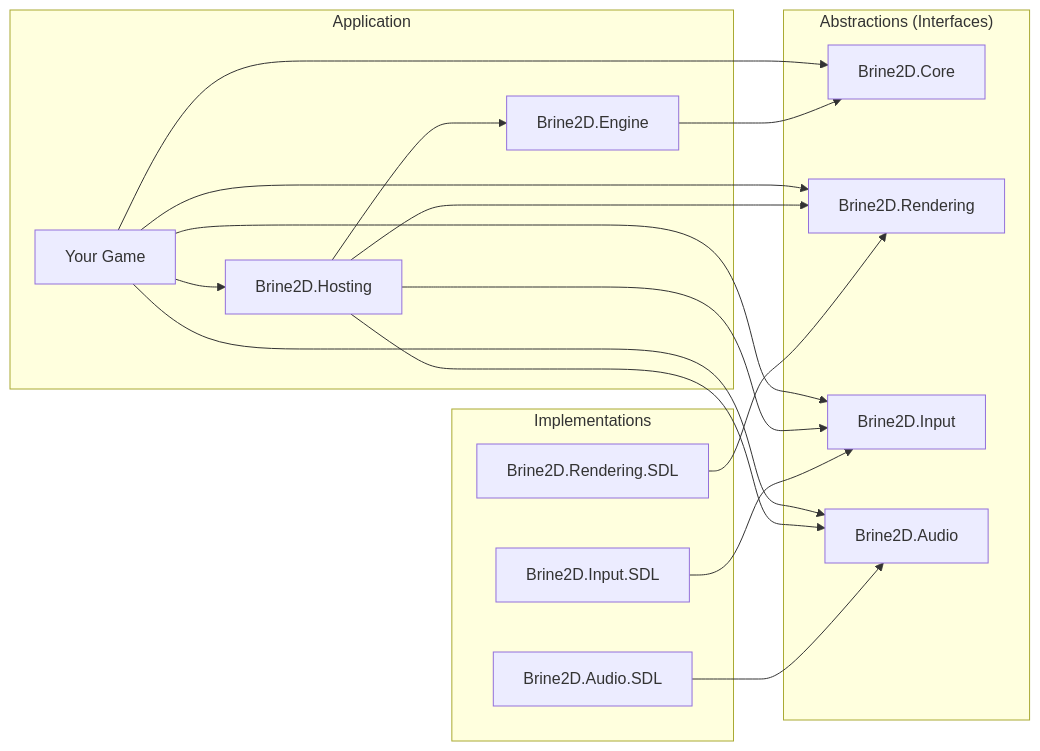
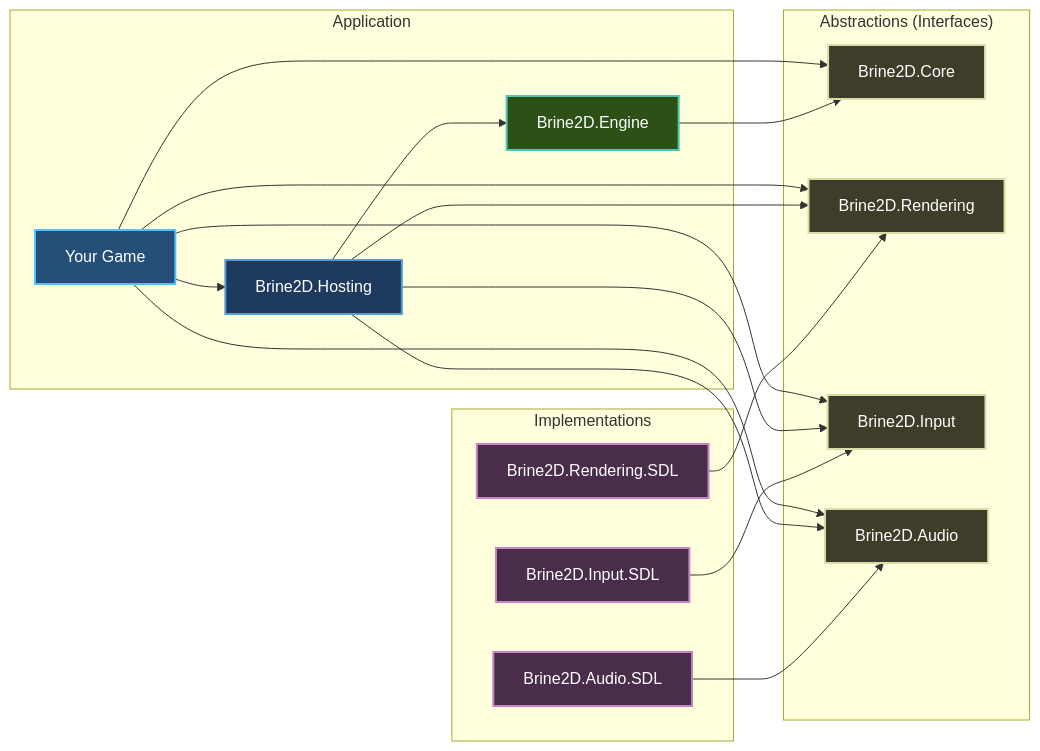
Before and after one commit to CrazyPickleStudios/Brine2D-Documentation: the second of 4 diagrams in docs/concepts/architecture.md, drawn with Mermaid. The commit also changed other lines of this file and 9 other files, not shown here.

````diff
--- a/docs/concepts/architecture.md
+++ b/docs/concepts/architecture.md
@@ -118,37 +137,48 @@
 ```mermaid
 graph LR
     subgraph "Abstractions (Interfaces)"
         CORE["Brine2D.Core"]
         RENDERING["Brine2D.Rendering"]
         INPUT["Brine2D.Input"]
         AUDIO["Brine2D.Audio"]
     end
     
     subgraph "Implementations"
         SDL_RENDER["Brine2D.Rendering.SDL"]
         SDL_INPUT["Brine2D.Input.SDL"]
         SDL_AUDIO["Brine2D.Audio.SDL"]
     end
     
     subgraph "Application"
         HOSTING["Brine2D.Hosting"]
         ENGINE["Brine2D.Engine"]
         GAME["Your Game"]
     end
     
     SDL_RENDER --> RENDERING
     SDL_INPUT --> INPUT
     SDL_AUDIO --> AUDIO
     
     ENGINE --> CORE
     HOSTING --> ENGINE
     HOSTING --> RENDERING
     HOSTING --> INPUT
     HOSTING --> AUDIO
     
     GAME --> HOSTING
     GAME --> CORE
     GAME --> RENDERING
     GAME --> INPUT
     GAME --> AUDIO
+
+    style CORE fill:#3d3d2a,stroke:#dcdcaa,stroke-width:2px,color:#fff
+style RENDERING fill:#3d3d2a,stroke:#dcdcaa,stroke-width:2px,color:#fff
+style INPUT fill:#3d3d2a,stroke:#dcdcaa,stroke-width:2px,color:#fff
+style AUDIO fill:#3d3d2a,stroke:#dcdcaa,stroke-width:2px,color:#fff
+style SDL_RENDER fill:#4a2d4a,stroke:#c586c0,stroke-width:2px,color:#fff
+style SDL_INPUT fill:#4a2d4a,stroke:#c586c0,stroke-width:2px,color:#fff
+style SDL_AUDIO fill:#4a2d4a,stroke:#c586c0,stroke-width:2px,color:#fff
+style HOSTING fill:#1e3a5f,stroke:#569cd6,stroke-width:2px,color:#fff
+style ENGINE fill:#2d5016,stroke:#4ec9b0,stroke-width:2px,color:#fff
+style GAME fill:#264f78,stroke:#4fc1ff,stroke-width:2px,color:#fff
 ```
````
